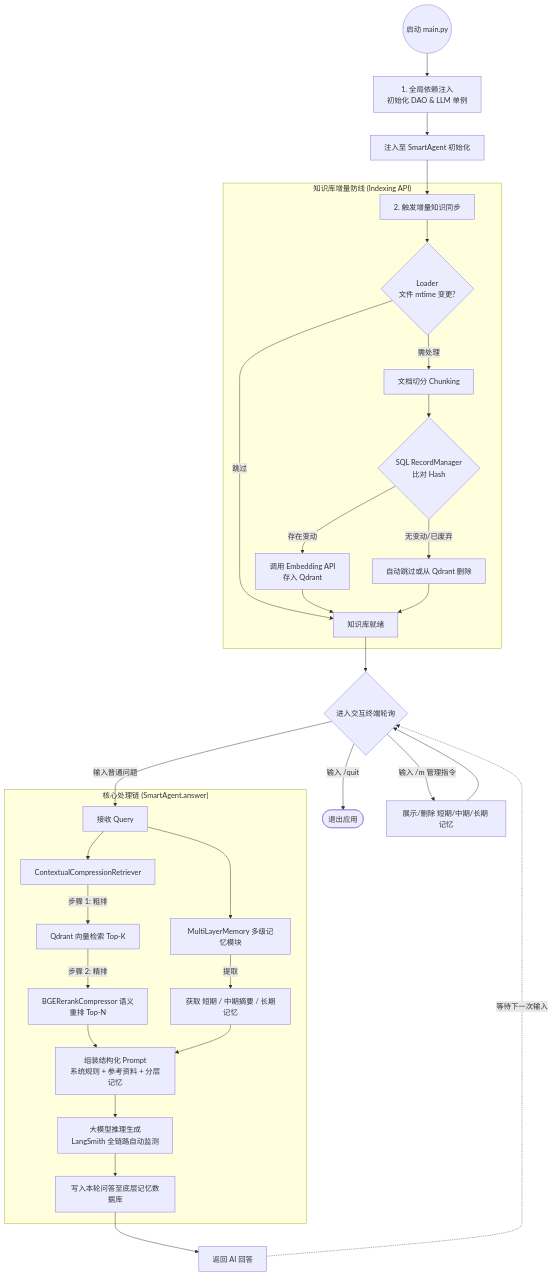
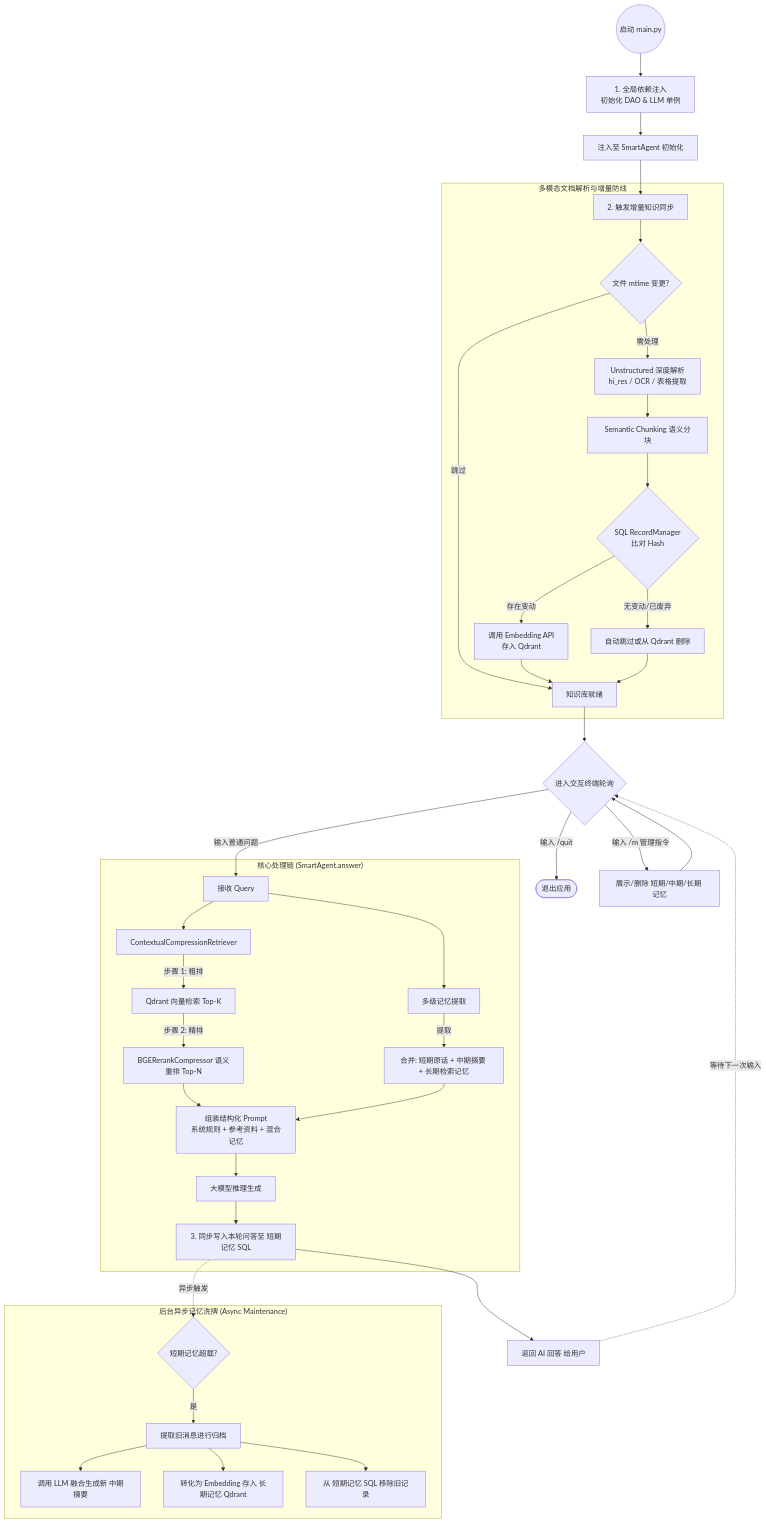
The diagram in README.md (lrxCn/helloAgent), drawn with Mermaid before and after one commit. The commit also changed other lines of this file and 1 other file, not shown here.

````diff
--- a/README.md
+++ b/README.md
@@ -87,45 +70,55 @@
 ```mermaid
 graph TD
     Start((启动 main.py)) --> InitDI[1. 全局依赖注入<br>初始化 DAO & LLM 单例]
     InitDI --> AgentInit[注入至 SmartAgent 初始化]
     AgentInit --> Sync[2. 触发增量知识同步]
 
-    subgraph Phase_KnowledgeSync ["知识库增量防线 (Indexing API)"]
-        Sync --> Loader{Loader<br>文件 mtime 变更?}
+    subgraph Phase_KnowledgeSync ["多模态文档解析与增量防线"]
+        Sync --> Loader{文件 mtime 变更?}
         Loader -->|跳过| SyncDone[知识库就绪]
-        Loader -->|需处理| Chunking[文档切分 Chunking]
+        Loader -->|需处理| Unstructured[Unstructured 深度解析<br>hi_res / OCR / 表格提取]
+        Unstructured --> Chunking[Semantic Chunking 语义分块]
         Chunking --> RecordManager{SQL RecordManager<br>比对 Hash}
         RecordManager -->|存在变动| Embed[调用 Embedding API<br>存入 Qdrant]
         RecordManager -->|无变动/已废弃| Clean[自动跳过或从 Qdrant 删除]
         Embed --> SyncDone
         Clean --> SyncDone
     end
 
     SyncDone --> ChatLoop{进入交互终端轮询}
 
     ChatLoop -->|输入 /quit| Exit([退出应用])
     ChatLoop -->|输入 /m 管理指令| MemoryCmd[展示/删除 短期/中期/长期 记忆]
     MemoryCmd --> ChatLoop
 
     ChatLoop -->|输入普通问题| Pipeline
 
     subgraph Phase_RAG_Pipeline ["核心处理链 (SmartAgent.answer)"]
         Pipeline[接收 Query] --> Ret1[ContextualCompressionRetriever]
 
         Ret1 -->|步骤 1: 粗排| BaseRet[Qdrant 向量检索 Top-K]
         BaseRet -->|步骤 2: 精排| Rerank[BGERerankCompressor 语义重排 Top-N]
 
-        Pipeline --> MemMgr[MultiLayerMemory 多级记忆模块]
-        MemMgr -->|提取| MemRead[获取 短期 / 中期摘要 / 长期记忆]
+        Pipeline --> MemMgr[多级记忆提取]
+        MemMgr -->|提取| MemRead[合并: 短期原话 + 中期摘要 + 长期检索记忆]
 
-        Rerank --> Assembler[组装结构化 Prompt<br>系统规则 + 参考资料 + 分层记忆]
+        Rerank --> Assembler[组装结构化 Prompt<br>系统规则 + 参考资料 + 混合记忆]
         MemRead --> Assembler
 
-        Assembler --> LLM[大模型推理生成<br> LangSmith 全链路自动监测 ]
+        Assembler --> LLM[大模型推理生成]
 
-        LLM --> WriteMem[写入本轮问答至底层记忆数据库]
+        LLM --> WriteMem[3. 同步写入本轮问答至 短期记忆 SQL]
     end
 
-    WriteMem --> Print[返回 AI 回答]
+    WriteMem --> Print[返回 AI 回答 给用户]
+
+    subgraph Phase_AsyncMemory ["后台异步记忆洗牌 (Async Maintenance)"]
+        WriteMem -.->|异步触发| CheckLimit{短期记忆超载?}
+        CheckLimit -->|是| Extractor[提取旧消息进行归档]
+        Extractor --> GenSummary[调用 LLM 融合生成新 中期摘要]
+        Extractor --> ArchiveVector[转化为 Embedding 存入 长期记忆 Qdrant]
+        Extractor --> DropSQL[从 短期记忆 SQL 移除旧记录]
+    end
+
     Print -.->|等待下一次输入| ChatLoop
 ```
````
